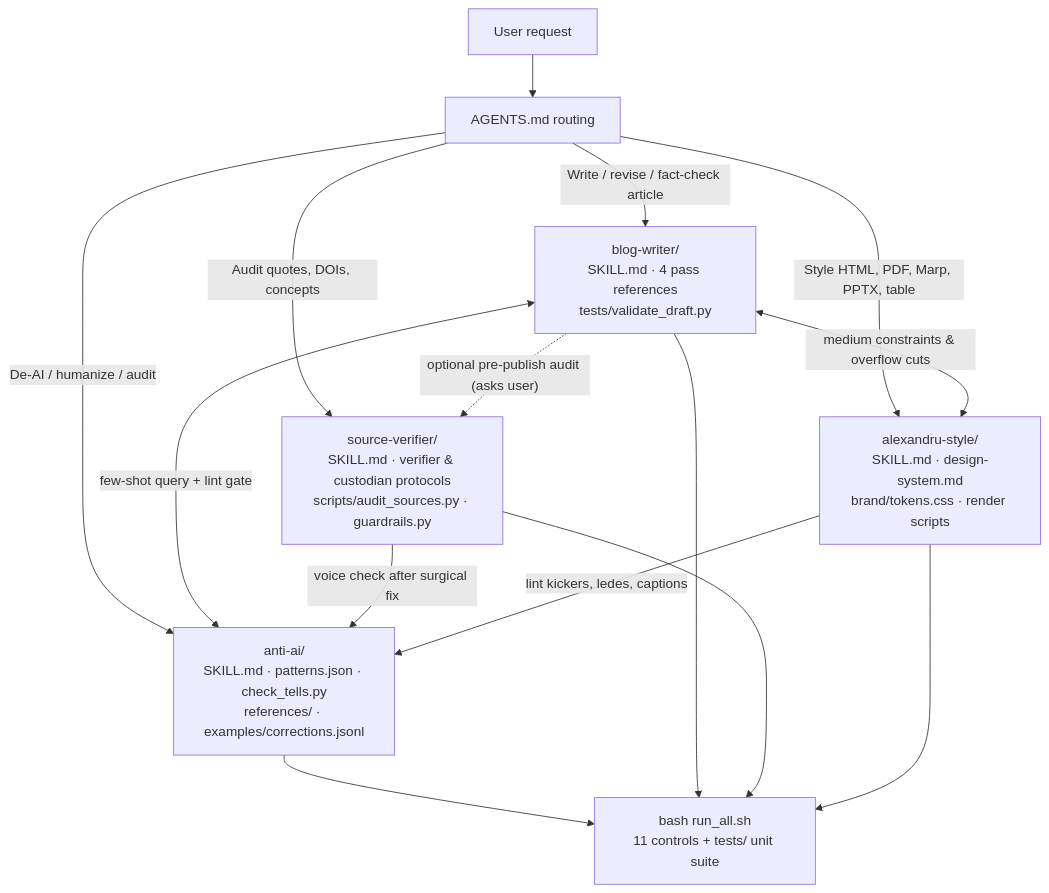
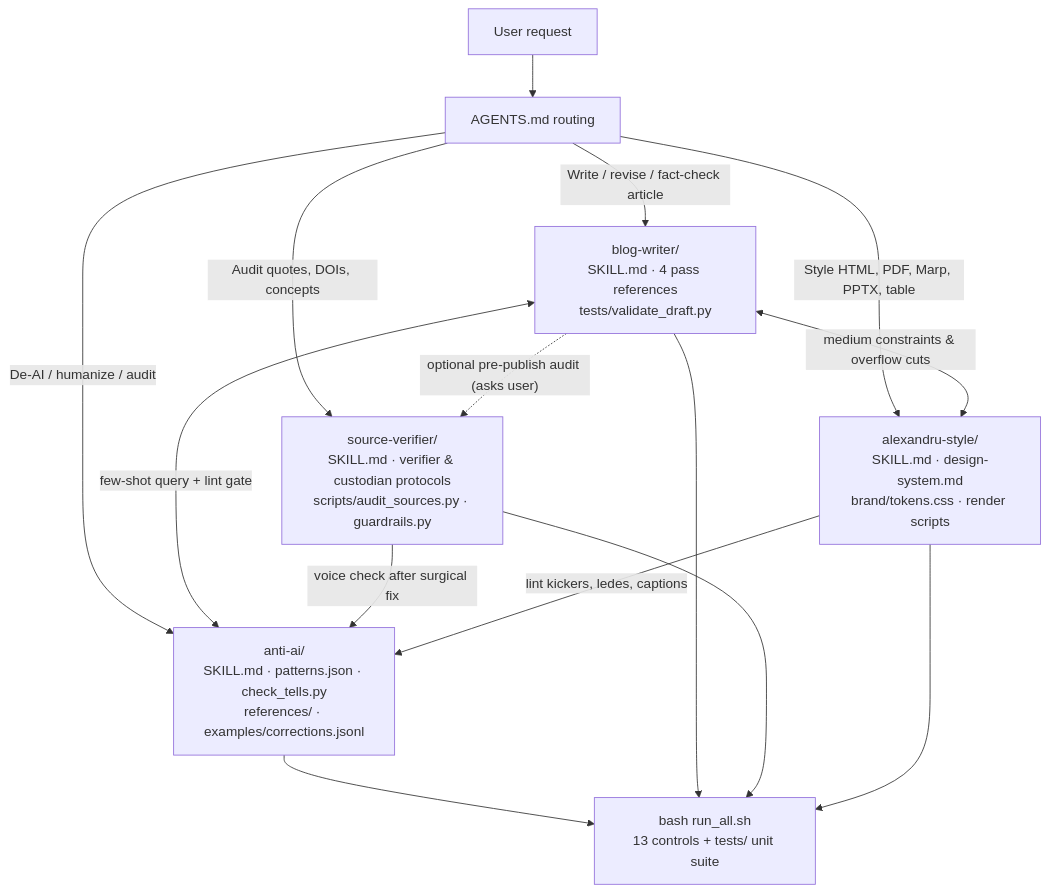
The first of 3 diagrams in README.md (alexandrugris/alex-public-skills-collection), drawn with Mermaid before and after one commit. The commit also changed other lines of this file and 17 other files, not shown here.

````diff
--- a/README.md
+++ b/README.md
@@ -20,18 +20,18 @@
 ```mermaid
 flowchart TB
     U["User request"] --> AG["AGENTS.md routing"]
     AG -->|"De-AI / humanize / audit"| AA["anti-ai/<br/>SKILL.md · patterns.json · check_tells.py<br/>references/ · examples/corrections.jsonl"]
     AG -->|"Write / revise / fact-check article"| BW["blog-writer/<br/>SKILL.md · 4 pass references<br/>tests/validate_draft.py"]
     AG -->|"Audit quotes, DOIs, concepts"| SV["source-verifier/<br/>SKILL.md · verifier & custodian protocols<br/>scripts/audit_sources.py · guardrails.py"]
     AG -->|"Style HTML, PDF, Marp, PPTX, table"| AS["alexandru-style/<br/>SKILL.md · design-system.md<br/>brand/tokens.css · render scripts"]
 
     BW <-->|"few-shot query + lint gate"| AA
     BW -.->|"optional pre-publish audit (asks user)"| SV
     SV -->|"voice check after surgical fix"| AA
     BW <-->|"medium constraints & overflow cuts"| AS
     AS -->|"lint kickers, ledes, captions"| AA
-    AA --> GATE["bash run_all.sh<br/>11 controls + tests/ unit suite"]
+    AA --> GATE["bash run_all.sh<br/>13 controls + tests/ unit suite"]
     BW --> GATE
     SV --> GATE
     AS --> GATE
 ```
````
